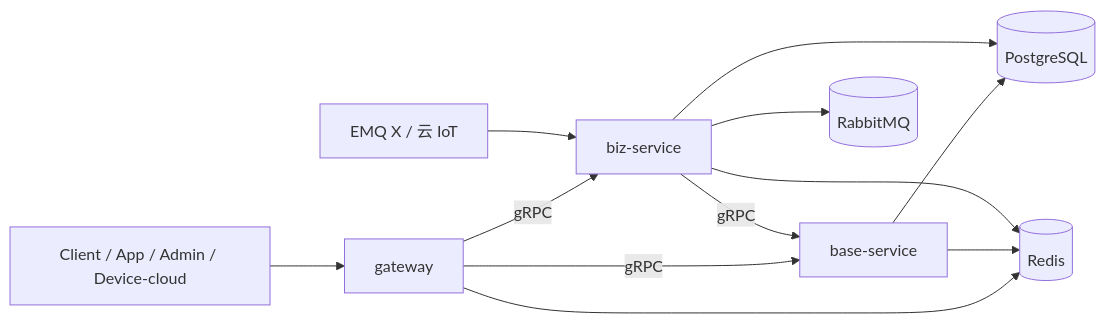
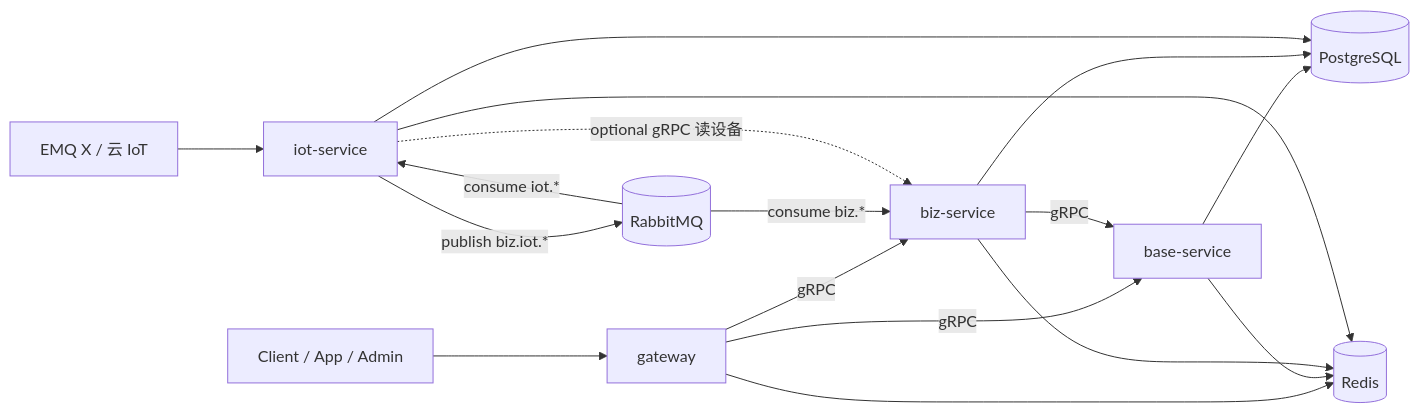
One commit to helibin/lumimax changed the diagram in docs/项目架构总览与开发约束.md. Above: the diagram before and after it, drawn with Mermaid. The commit also changed other lines of this file and 359 other files, not shown here.

````diff
--- a/docs/项目架构总览与开发约束.md
+++ b/docs/项目架构总览与开发约束.md
@@ -181,13 +209,17 @@
 ```mermaid
 flowchart LR
-    client[Client / App / Admin / Device-cloud] --> gateway[gateway]
+    client[Client / App / Admin] --> gateway[gateway]
     gateway -- gRPC --> base[base-service]
     gateway -- gRPC --> biz[biz-service]
     biz -- gRPC --> base
+    iotCloud[EMQ X / 云 IoT] --> iot[iot-service]
+    iot -- publish biz.iot.* --> mq[(RabbitMQ)]
+    mq -- consume iot.* --> iot
+    mq -- consume biz.* --> biz
+    iot -. optional gRPC 读设备 .-> biz
     gateway --> redis[(Redis)]
     base --> pg[(PostgreSQL)]
     biz --> pg
-    base & biz --> redis
-    iotCloud[EMQ X / 云 IoT] --> biz
-    biz --> mq[(RabbitMQ)]
+    iot --> pg
+    base & biz & iot --> redis
 ```
````
